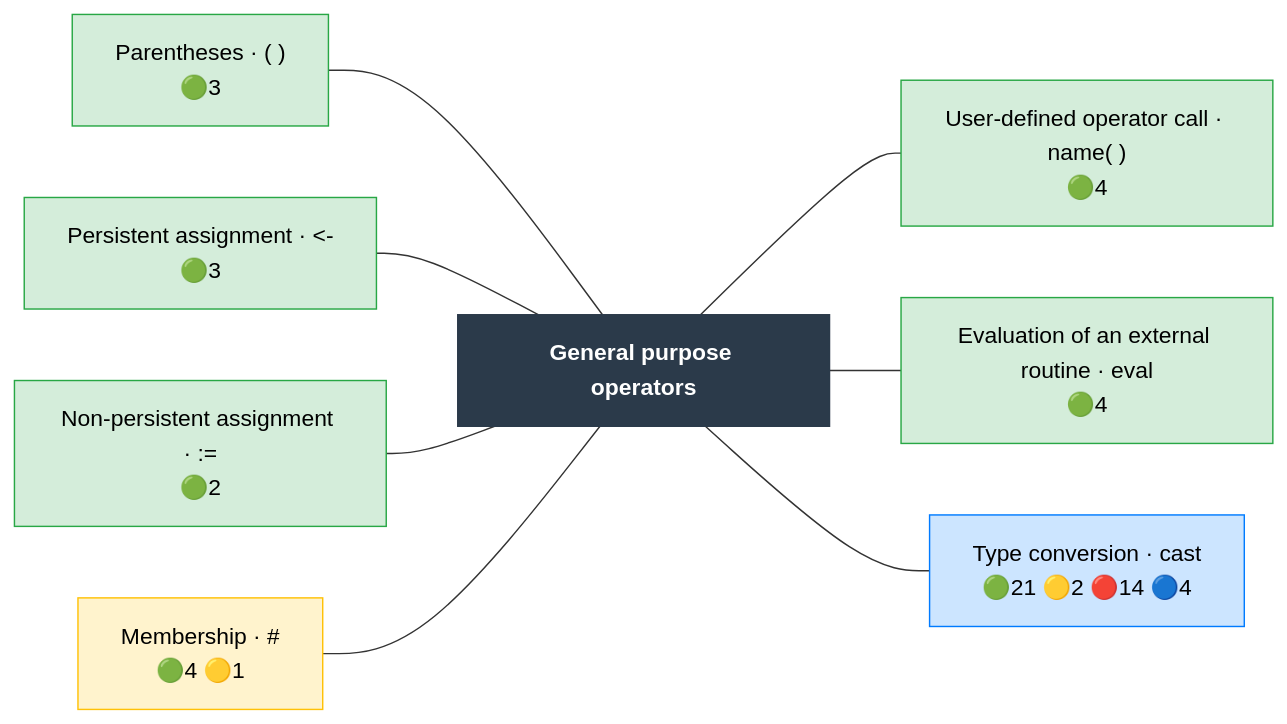
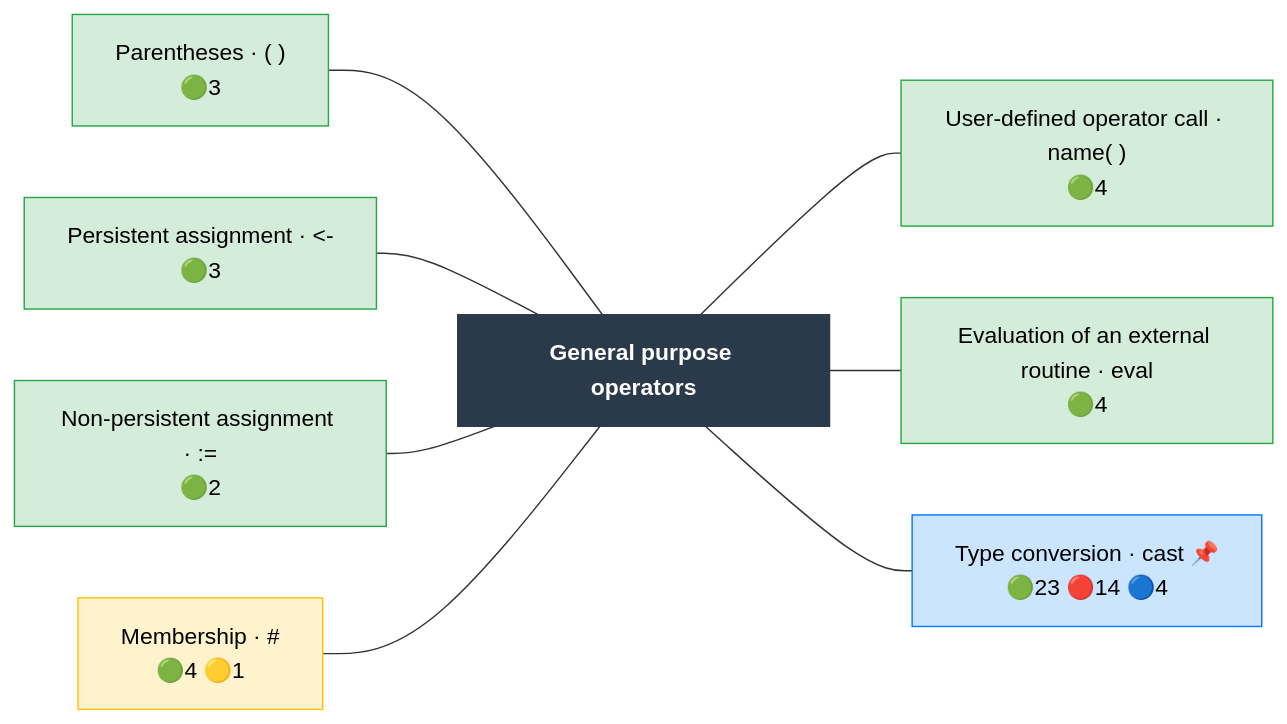
The diagram in docs/operator_map/general/index.rst (Meaningful-Data/vtlengine), drawn with Mermaid before and after one commit. The commit also changed other lines of this file and 13 other files, not shown here.

```diff
--- a/docs/operator_map/general/index.rst
+++ b/docs/operator_map/general/index.rst
@@ -24,33 +24,33 @@
 .. mermaid::
    :config: {"flowchart": {"useMaxWidth": false}}
 
    flowchart LR
        classDef ok fill:#d4edda,stroke:#28a745,color:#000
        classDef partial fill:#fff3cd,stroke:#ffc107,color:#000
        classDef refused fill:#d4edda,stroke:#28a745,stroke-width:3px,stroke-dasharray: 2 2,color:#000
        classDef missing fill:#f8d7da,stroke:#dc3545,color:#000
        classDef diverge fill:#cce5ff,stroke:#007bff,color:#000
        classDef block fill:#2b3a4a,stroke:#2b3a4a,color:#fff,font-weight:bold
        classDef ext fill:#fff,stroke:#666,color:#000,stroke-dasharray: 5 5
        B["General purpose operators"]:::block
        general__parentheses["Parentheses · ( )<br/>🟢3"]:::ok
        general__persistent_assignment["Persistent assignment · #60;-<br/>🟢3"]:::ok
        general__non_persistent_assignment["Non-persistent assignment · #58;#61;<br/>🟢2"]:::ok
        general__membership["Membership · #35;<br/>🟢4 🟡1"]:::partial
        general__udo_call["User-defined operator call · name( )<br/>🟢4"]:::ok
        general__eval["Evaluation of an external routine · eval<br/>🟢4"]:::ok
-       general__cast["Type conversion · cast<br/>🟢21 🟡2 🔴14 🔵4"]:::diverge
+       general__cast["Type conversion · cast 📌<br/>🟢23 🔴14 🔵4"]:::diverge
        general__parentheses --- B
        general__persistent_assignment --- B
        general__non_persistent_assignment --- B
        general__membership --- B
        B --- general__udo_call
        B --- general__eval
        B --- general__cast
        click general__parentheses href "parentheses.html"
        click general__persistent_assignment href "persistent_assignment.html"
        click general__non_persistent_assignment href "non_persistent_assignment.html"
        click general__membership href "membership.html"
        click general__udo_call href "udo_call.html"
        click general__eval href "eval.html"
        click general__cast href "cast.html"
```
